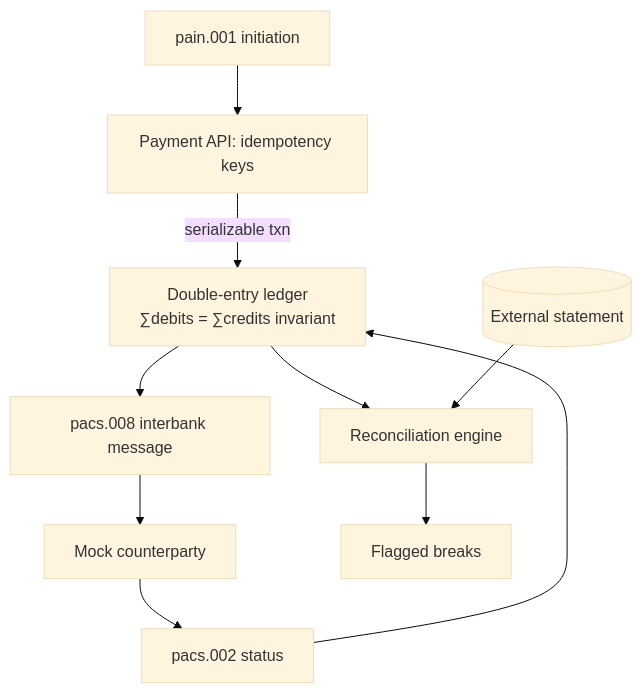
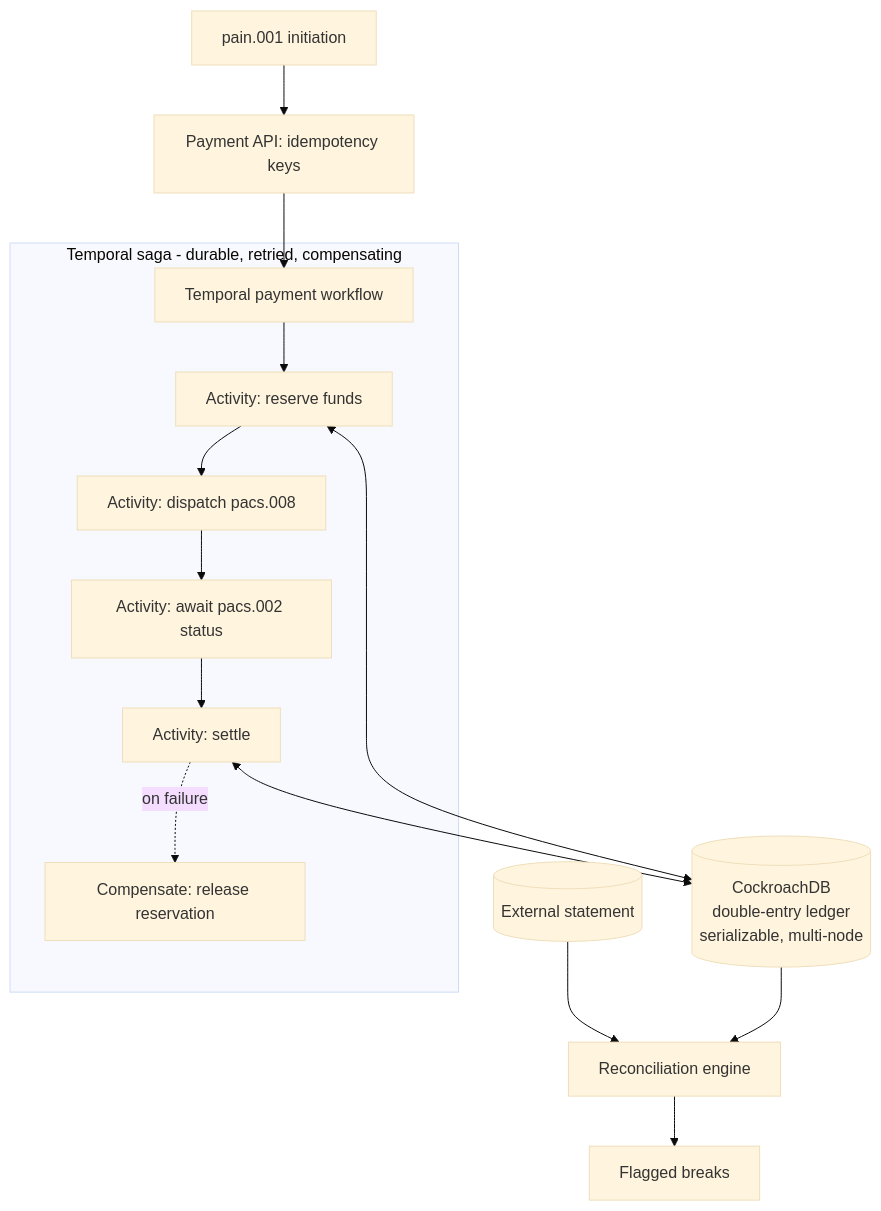
Before and after one commit to jzwerg/payments-ledger-engine: the diagram in README.md, drawn with Mermaid (base theme). The commit also changed other lines of this file and 3 other files, not shown here.

First line of the commit message:
docs: revise payments engine to flagship scope (CockroachDB ledger + Temporal saga)

````diff
--- a/README.md
+++ b/README.md
@@ -16,12 +23,18 @@
 ```mermaid
 flowchart TD
     INIT[pain.001 initiation] --> API[Payment API: idempotency keys]
-    API -->|serializable txn| LED[Double-entry ledger\n∑debits = ∑credits invariant]
-    LED --> OUT[pacs.008 interbank message]
-    OUT --> CP[Mock counterparty]
-    CP --> STATUS[pacs.002 status]
-    STATUS --> LED
+    API --> WF[Temporal payment workflow]
+    subgraph SAGA[Temporal saga - durable, retried, compensating]
+      WF --> A1[Activity: reserve funds]
+      A1 --> A2[Activity: dispatch pacs.008]
+      A2 --> A3[Activity: await pacs.002 status]
+      A3 --> A4[Activity: settle]
+      A4 -. on failure .-> C1[Compensate: release reservation]
+    end
+    A1 <--> LED
+    A4 <--> LED
+    LED[(CockroachDB\ndouble-entry ledger\nserializable, multi-node)]
     LED --> REC[Reconciliation engine]
     EXT[(External statement)] --> REC
     REC --> BREAKS[Flagged breaks]
 ```
````
